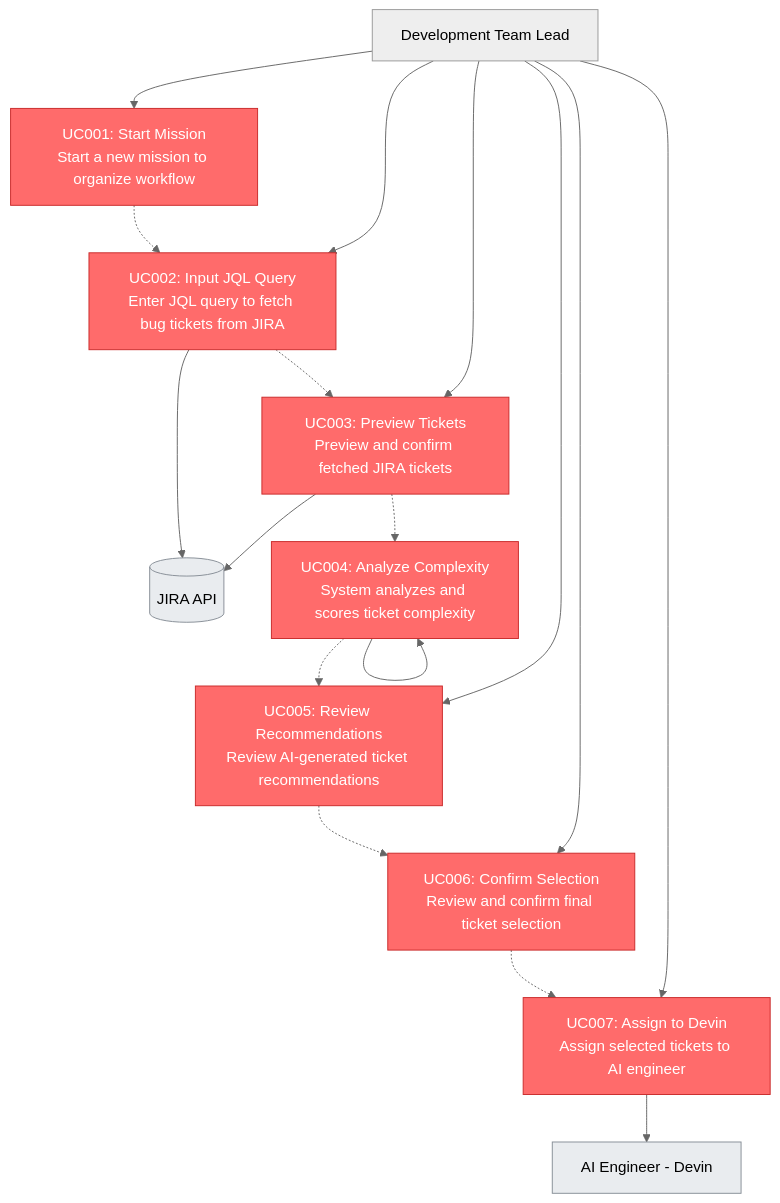
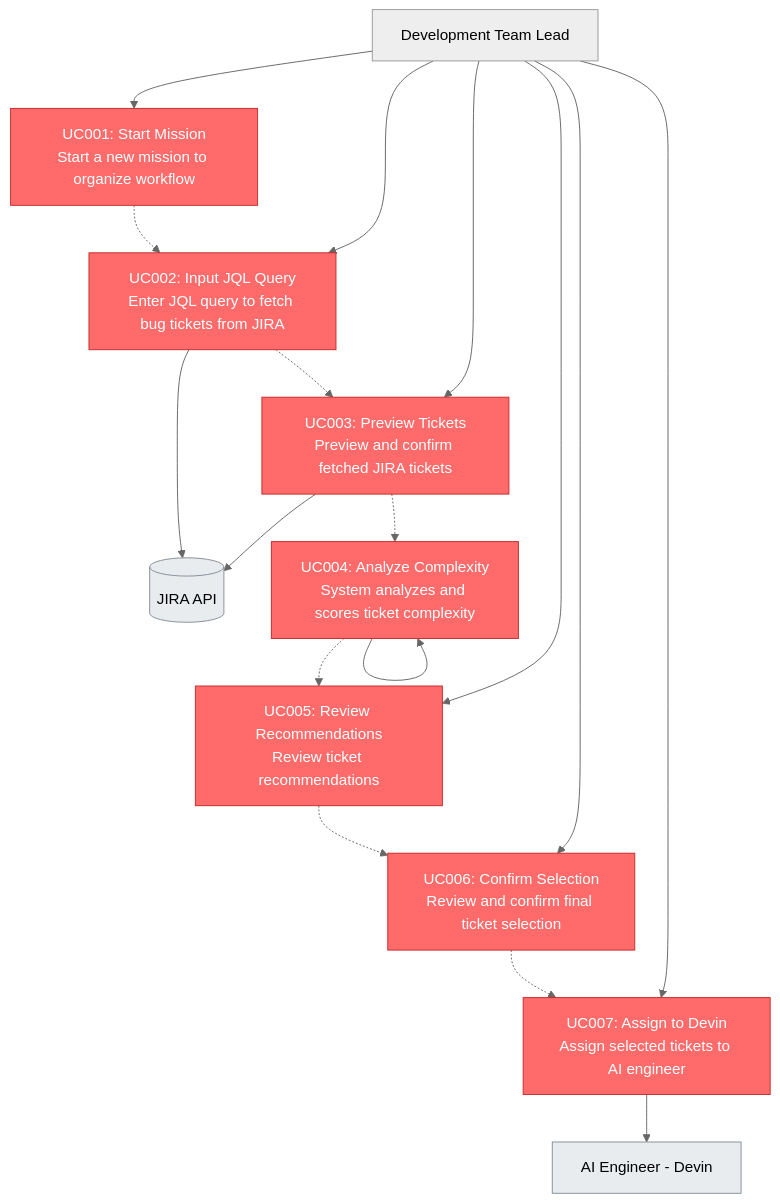
One commit to vmakoed/devinator changed the diagram in doc/use_cases.md. Above: the diagram before and after it, drawn with Mermaid (neutral theme). The commit also changed other lines of this file and 3 other files, not shown here.

````diff
--- a/doc/use_cases.md
+++ b/doc/use_cases.md
@@ -5,46 +5,46 @@
 ```mermaid
 graph TB
     User[Development Team Lead]
 
     %% Core MVP Use Cases (Happy Flow)
     UC001[UC001: Start Mission<br/>Start a new mission to organize workflow]
     UC002[UC002: Input JQL Query<br/>Enter JQL query to fetch bug tickets from JIRA]
     UC003[UC003: Preview Tickets<br/>Preview and confirm fetched JIRA tickets]
     UC004[UC004: Analyze Complexity<br/>System analyzes and scores ticket complexity]
-    UC005[UC005: Review Recommendations<br/>Review AI-generated ticket recommendations]
+    UC005[UC005: Review Recommendations<br/>Review ticket recommendations]
     UC006[UC006: Confirm Selection<br/>Review and confirm final ticket selection]
     UC007[UC007: Assign to Devin<br/>Assign selected tickets to AI engineer]
 
     %% External Systems
     JIRA[(JIRA API)]
     Devin[AI Engineer - Devin]
 
     %% User interactions
     User --> UC001
     User --> UC002
     User --> UC003
     User --> UC005
     User --> UC006
     User --> UC007
 
     %% System interactions
     UC002 --> JIRA
     UC003 --> JIRA
     UC004 --> UC004
     UC007 --> Devin
 
     %% Sequential workflow
     UC001 -.-> UC002
     UC002 -.-> UC003
     UC003 -.-> UC004
     UC004 -.-> UC005
     UC005 -.-> UC006
     UC006 -.-> UC007
 
     %% Styling
     classDef mvpCore fill:#ff6b6b,stroke:#c92a2a,color:#fff
     classDef external fill:#e9ecef,stroke:#868e96,color:#000
 
     class UC001,UC002,UC003,UC004,UC005,UC006,UC007 mvpCore
     class JIRA,Devin external
 ```
````
